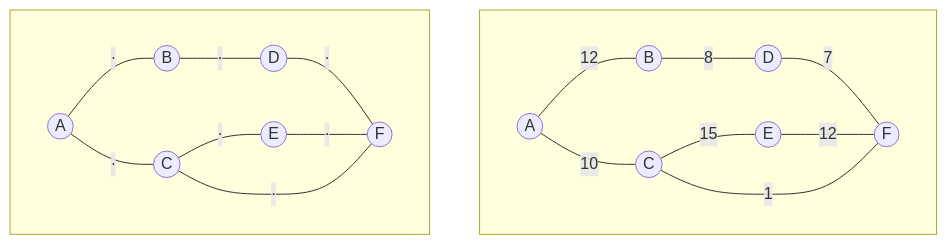
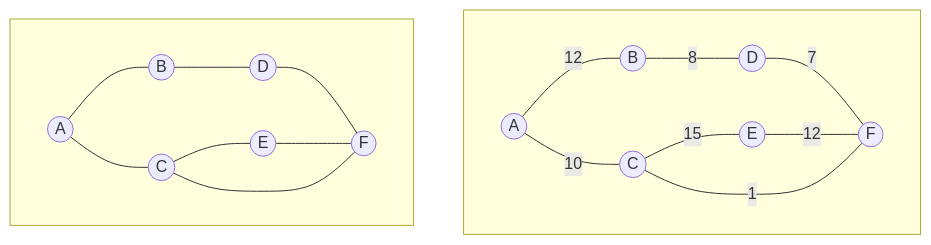
The third of 4 diagrams in _posts/2023-01-18-graph-neural-network-basics.md (uncle-yi/uncle-yi.github.io), drawn with Mermaid before and after one commit. The commit also changed other lines of this file, not shown here.

````diff
--- a/_posts/2023-01-18-graph-neural-network-basics.md
+++ b/_posts/2023-01-18-graph-neural-network-basics.md
@@ -79,35 +79,35 @@
 ```mermaid
 flowchart TB
 
 subgraph  
 A2(("A"))
 B2(("B"))
 C2(("C"))
 D2(("D"))
 E2(("E"))
 F2(("F"))
 A2--12---B2
 A2--10---C2
 C2--15---E2
 C2--1---F2
 D2--7---F2
 B2--8---D2
 E2--12---F2
 end
 
 subgraph  
 A1(("A"))
 B1(("B"))
 C1(("C"))
 D1(("D"))
 E1(("E"))
 F1(("F"))
-A1--"·"---B1
-A1--"·"---C1
-C1--"·"---E1
-C1--"·"---F1
-D1--"·"---F1
-B1--"·"---D1
-E1--"·"---F1
+A1---B1
+A1---C1
+C1---E1
+C1---F1
+D1---F1
+B1---D1
+E1---F1
 end
 ```
````
